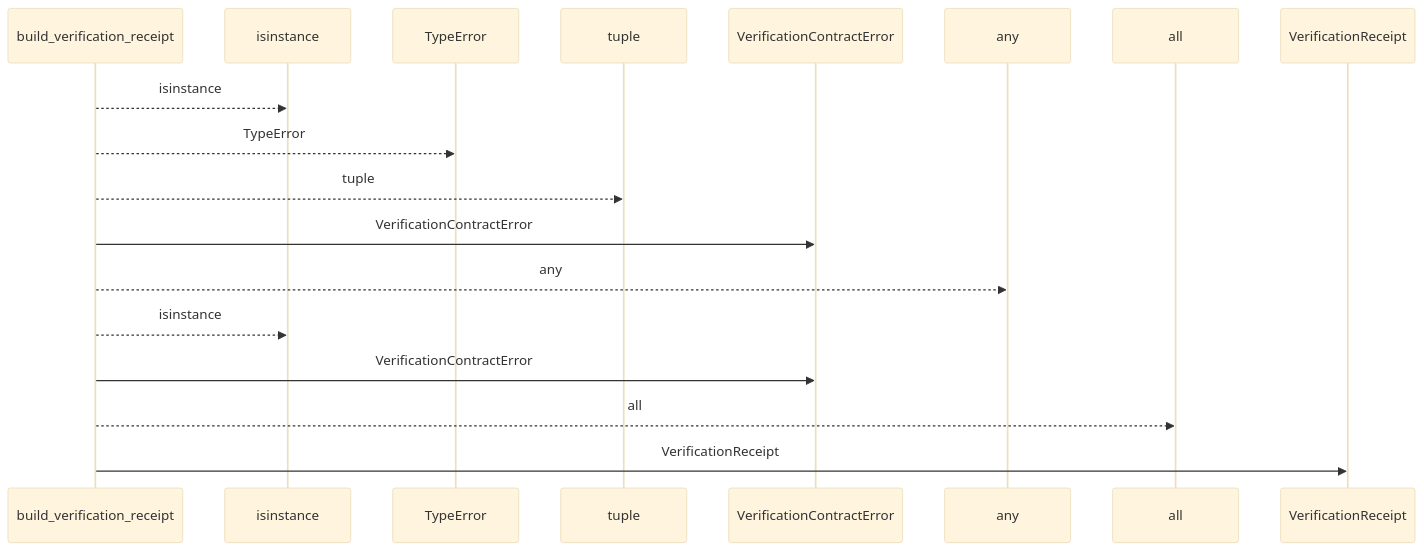
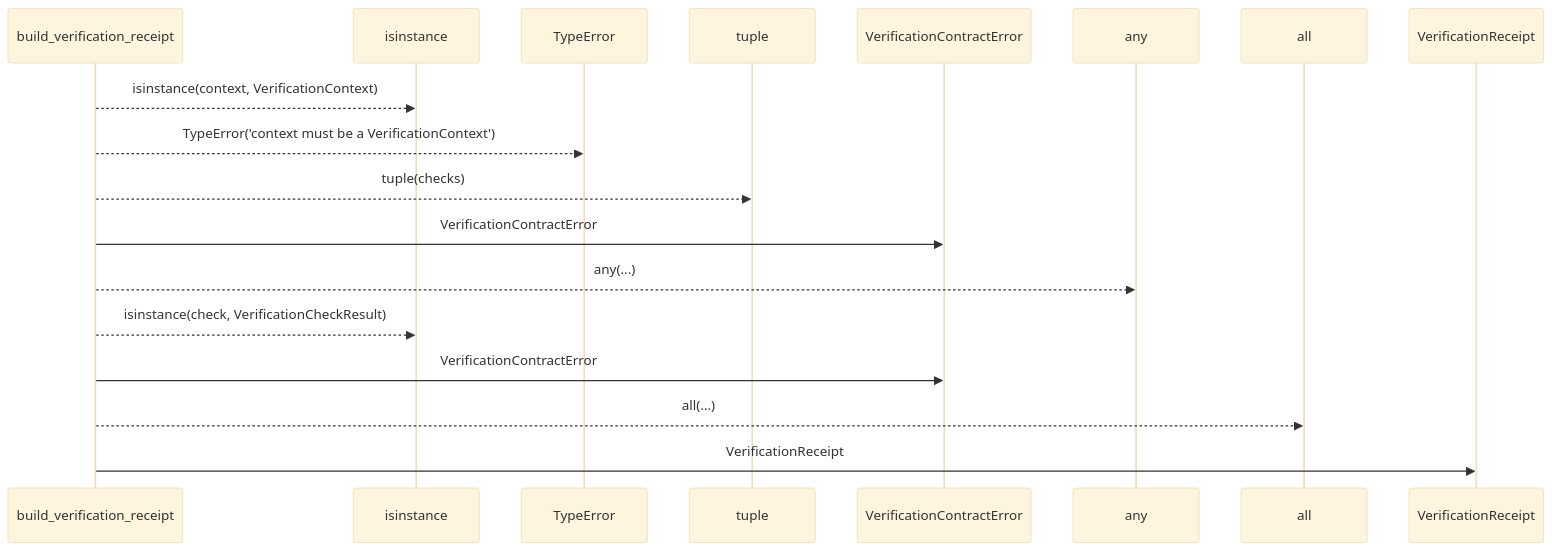
One commit to Denissvgn/python-wiki-llm changed the first of 2 diagrams in docs/llm_wiki/flows/api-build_verification_receipt.md. Above: the diagram before and after it, drawn with Mermaid (base theme). The commit also changed other lines of this file and 1410 other files, not shown here.

````diff
--- a/docs/llm_wiki/flows/api-build_verification_receipt.md
+++ b/docs/llm_wiki/flows/api-build_verification_receipt.md
@@ -10,20 +12,20 @@
 ```mermaid
 sequenceDiagram
     participant p0 as build_verification_receipt
     participant p1 as isinstance
     participant p2 as TypeError
     participant p3 as tuple
     participant p4 as VerificationContractError
     participant p5 as any
     participant p6 as all
     participant p7 as VerificationReceipt
-    p0-->>p1: isinstance
-    p0-->>p2: TypeError
-    p0-->>p3: tuple
+    p0-->>p1: isinstance(context, VerificationContext)
+    p0-->>p2: TypeError('context must be a VerificationContext')
+    p0-->>p3: tuple(checks)
     p0->>p4: VerificationContractError
-    p0-->>p5: any
-    p0-->>p1: isinstance
+    p0-->>p5: any(...)
+    p0-->>p1: isinstance(check, VerificationCheckResult)
     p0->>p4: VerificationContractError
-    p0-->>p6: all
+    p0-->>p6: all(...)
     p0->>p7: VerificationReceipt
 ```
````
